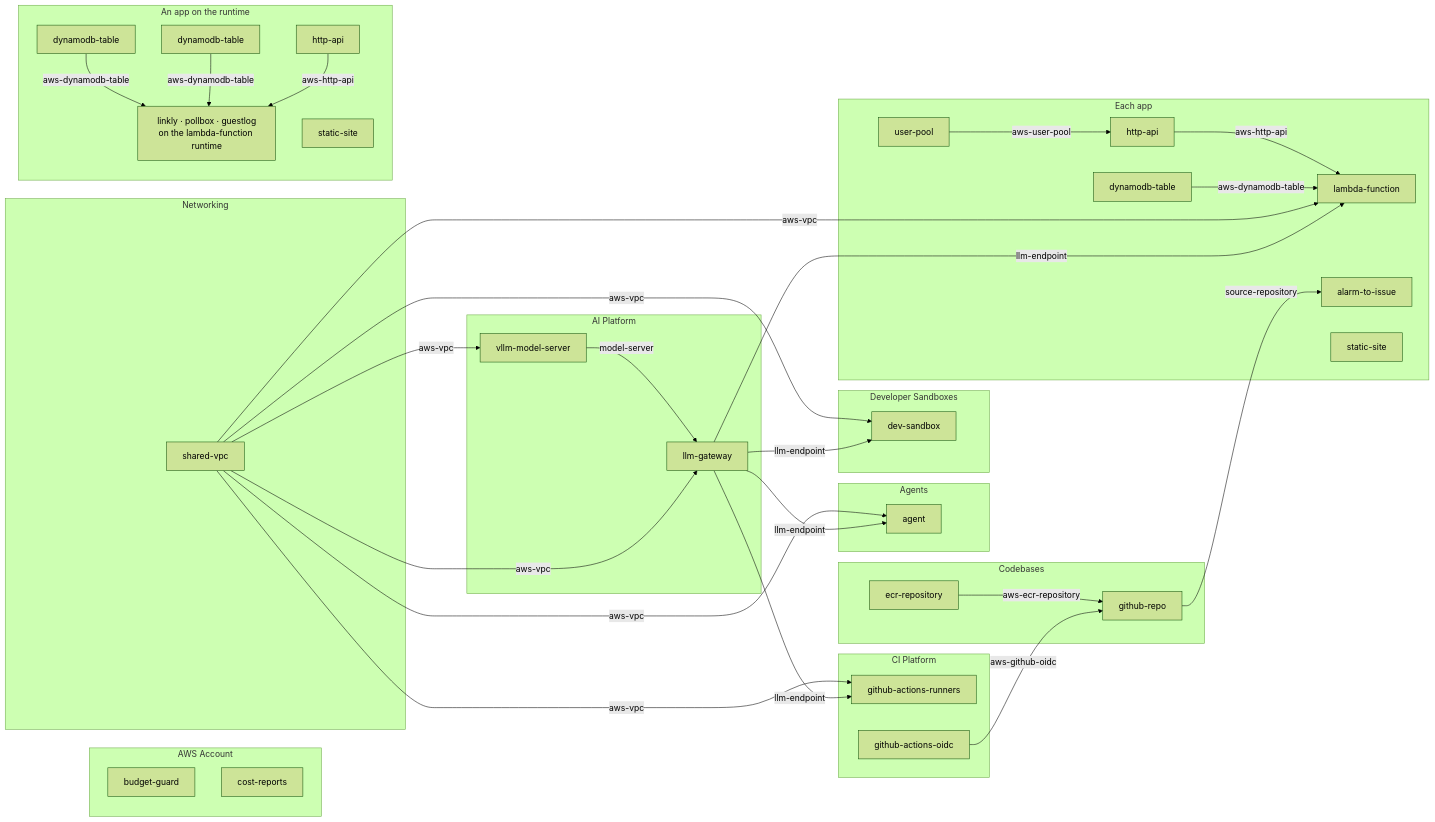
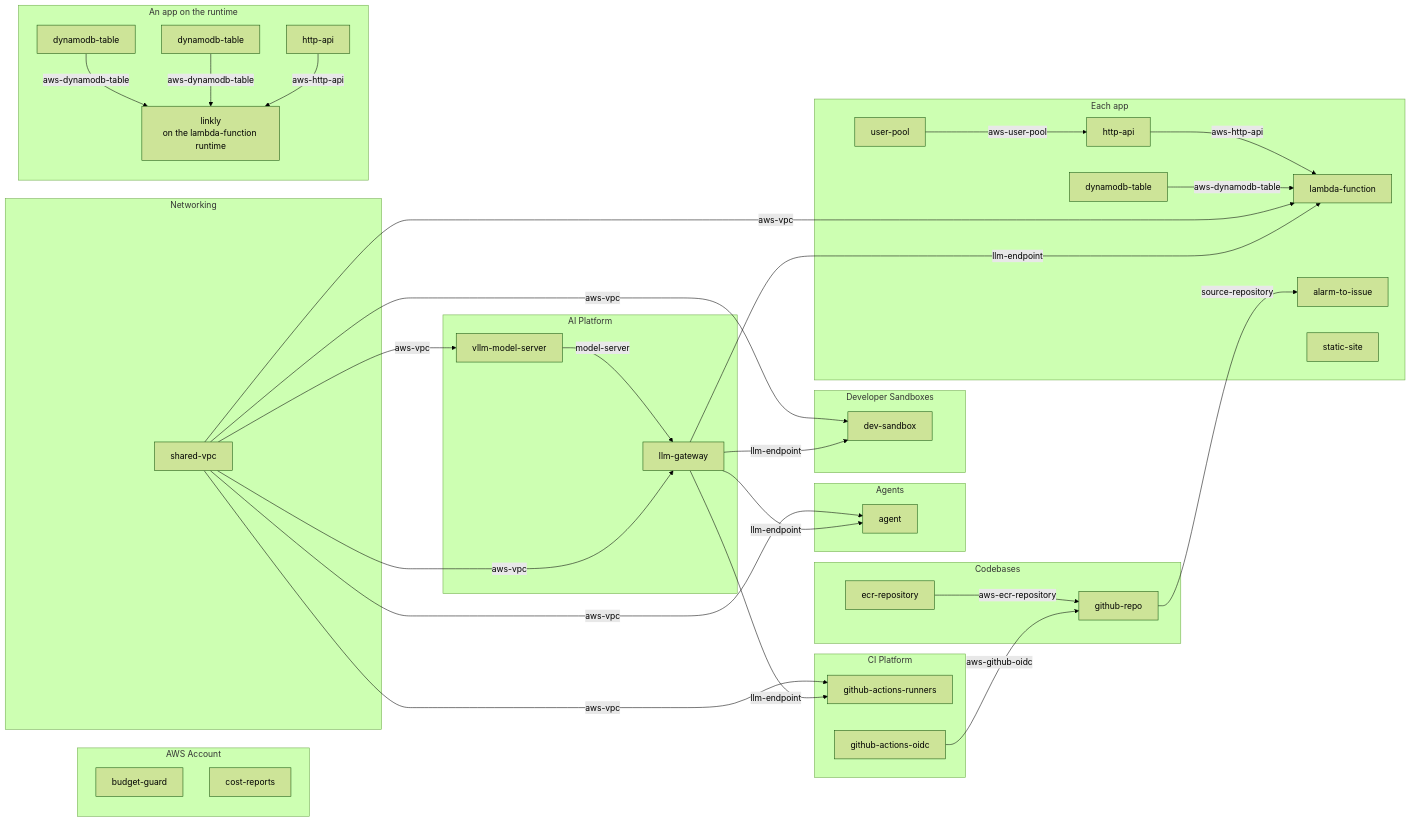
The diagram in README.md (massdriver-catalogs/aws-software-factory), drawn with Mermaid (forest theme) before and after one commit. The commit also changed other lines of this file and 1 other file, not shown here.

````diff
--- a/README.md
+++ b/README.md
@@ -30,44 +30,43 @@
 ```mermaid
 flowchart LR
   subgraph Account[AWS Account]
     BG[budget-guard]
     CR[cost-reports]
   end
   subgraph Networking
     VPC[shared-vpc]
   end
   subgraph AI[AI Platform]
     VLLM[vllm-model-server] -->|model-server| GW[llm-gateway]
   end
   subgraph CI[CI Platform]
     RUN[github-actions-runners]
     OIDC[github-actions-oidc]
   end
   subgraph Agents
     AG[agent]
   end
   subgraph Sandboxes[Developer Sandboxes]
     SB[dev-sandbox]
   end
   subgraph Codebases
     ECR[ecr-repository] -->|aws-ecr-repository| REPO[github-repo]
   end
   subgraph App[Each app]
     UP[user-pool] -->|aws-user-pool| API[http-api]
     API -->|aws-http-api| FN[lambda-function]
     DDB[dynamodb-table] -->|aws-dynamodb-table| FN
     A2I[alarm-to-issue]
     WEB[static-site]
   end
   subgraph Apps[An app on the runtime]
-    T1[dynamodb-table] -->|aws-dynamodb-table| APPL["linkly · pollbox · guestlog<br/>on the lambda-function runtime"]
+    T1[dynamodb-table] -->|aws-dynamodb-table| APPL["linkly<br/>on the lambda-function runtime"]
     T2[dynamodb-table] -->|aws-dynamodb-table| APPL
     API2[http-api] -->|aws-http-api| APPL
-    WEB2[static-site]
   end
 
   VPC -->|aws-vpc| GW & VLLM & SB & RUN & AG & FN
   GW -->|llm-endpoint| RUN & SB & AG & FN
   OIDC -->|aws-github-oidc| REPO
   REPO -->|source-repository| A2I
 ```
````
